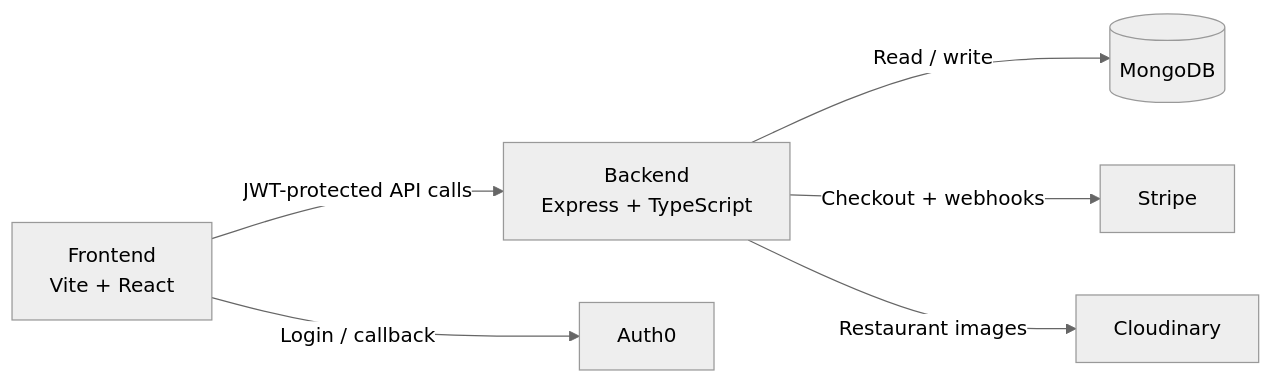
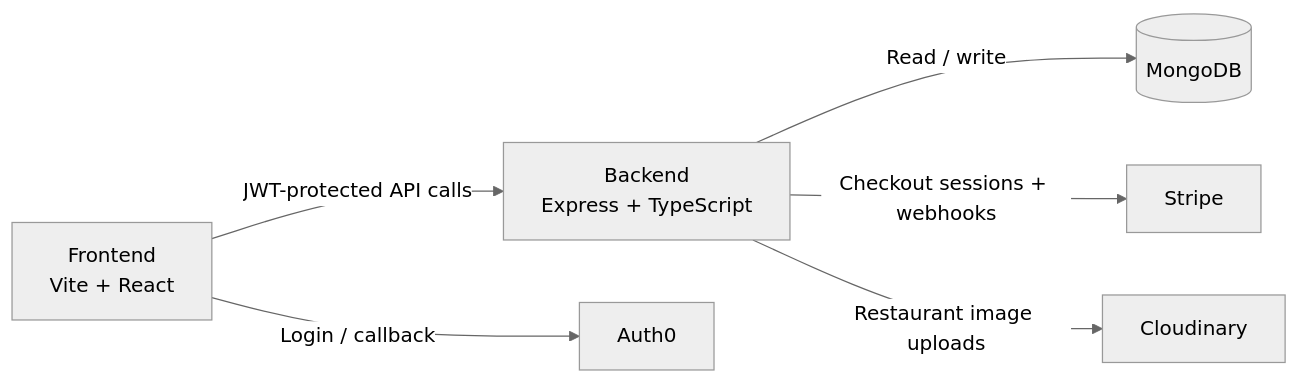
The diagram in README.md (hashamtanveer-41/Food-Ordering-App-MERN), drawn with Mermaid (neutral theme) before and after one commit. The commit also changed other lines of this file and 2 other files, not shown here.

Commit message:
feat: enhance README with detailed project overview, architecture, and setup instructions

````diff
--- a/README.md
+++ b/README.md
@@ -12,15 +22,15 @@
 ```mermaid
 flowchart LR
   UI[Frontend\nVite + React]
   API[Backend\nExpress + TypeScript]
   DB[(MongoDB)]
   AUTH[Auth0]
   PAY[Stripe]
   IMG[Cloudinary]
 
   UI -->|JWT-protected API calls| API
   UI -->|Login / callback| AUTH
   API -->|Read / write| DB
-  API -->|Checkout + webhooks| PAY
-  API -->|Restaurant images| IMG
+  API -->|Checkout sessions + webhooks| PAY
+  API -->|Restaurant image uploads| IMG
 ```
````
